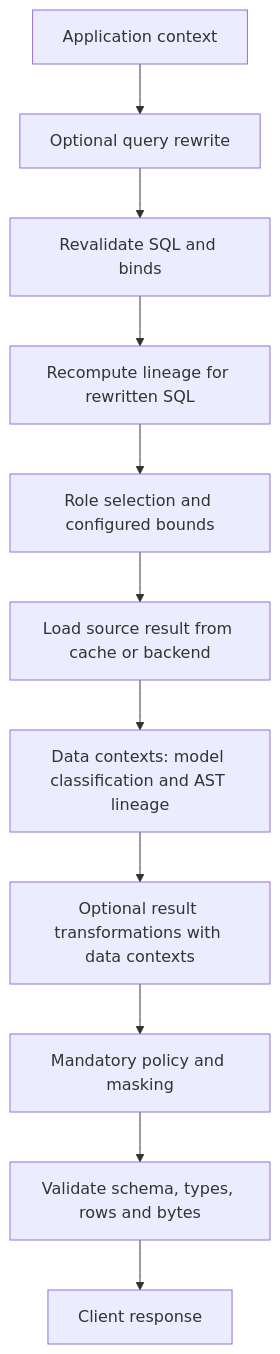
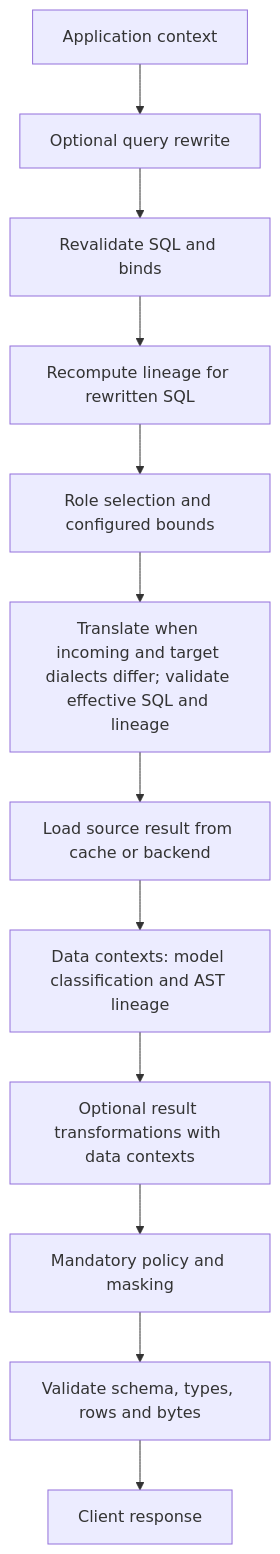
One commit to AbhiSinha08/yasp-analytics-proxy changed the diagram in docs/extensions.md. Above: the diagram before and after it, drawn with Mermaid. The commit also changed other lines of this file and 75 other files, not shown here.

````diff
--- a/docs/extensions.md
+++ b/docs/extensions.md
@@ -210,13 +241,14 @@
 ```mermaid
 flowchart TD
     Context[Application context] --> Rewrite[Optional query rewrite]
     Rewrite --> Validate[Revalidate SQL and binds]
     Validate --> Lineage[Recompute lineage for rewritten SQL]
     Lineage --> Route[Role selection and configured bounds]
-    Route --> Source[Load source result from cache or backend]
+    Route --> Translate[Translate when incoming and target dialects differ; validate effective SQL and lineage]
+    Translate --> Source[Load source result from cache or backend]
     Source --> DataContexts[Data contexts: model classification and AST lineage]
     DataContexts --> Transform[Optional result transformations with data contexts]
     Transform --> Mask[Mandatory policy and masking]
     Mask --> Check[Validate schema, types, rows and bytes]
     Check --> Client[Client response]
 ```
````
